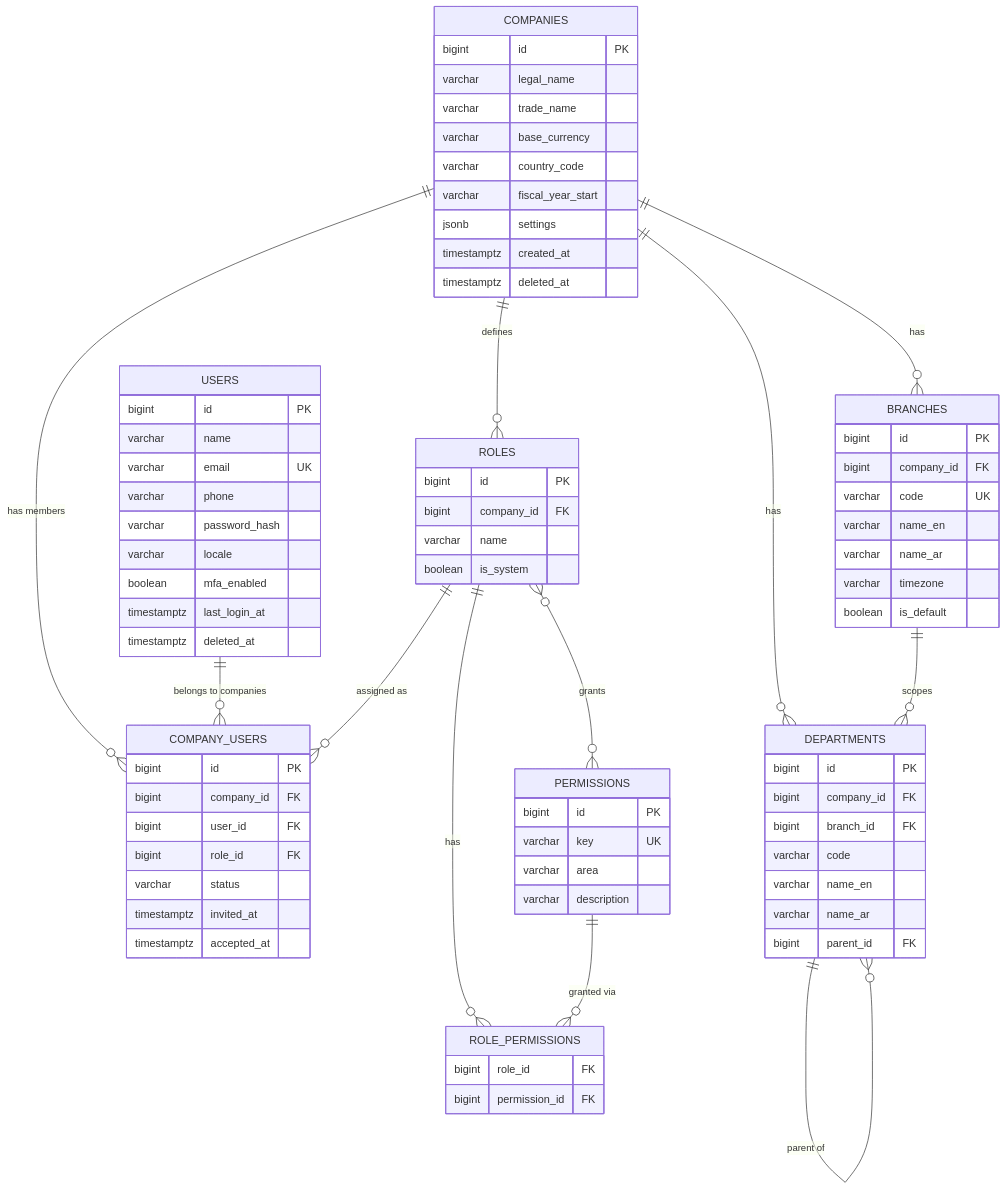
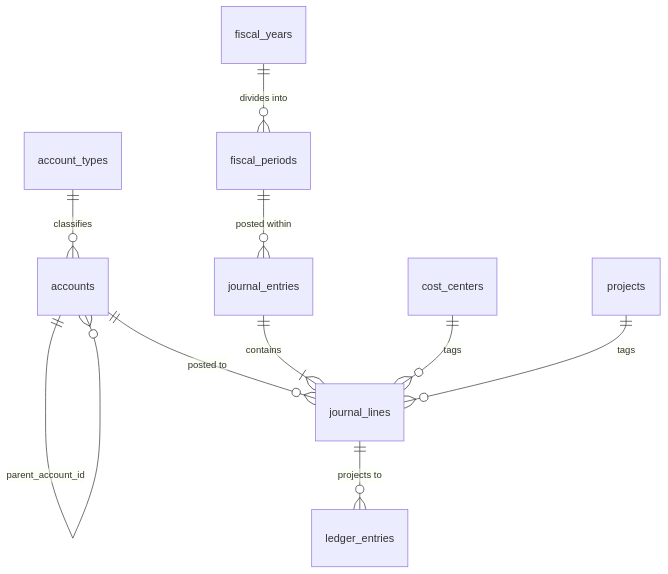
Before and after one commit to alievin0/QAYD: the fifth of 17 diagrams in docs/database/ERD.md, drawn with Mermaid. The commit also changed other lines of this file and 8 other files, not shown here.

````diff
--- a/docs/database/ERD.md
+++ b/docs/database/ERD.md
@@ -102,80 +1309,12 @@
 ```mermaid
 erDiagram
-    COMPANIES {
-        bigint id PK
-        varchar legal_name
-        varchar trade_name
-        varchar base_currency
-        varchar country_code
-        varchar fiscal_year_start
-        jsonb settings
-        timestamptz created_at
-        timestamptz deleted_at
-    }
-    USERS {
-        bigint id PK
-        varchar name
-        varchar email UK
-        varchar phone
-        varchar password_hash
-        varchar locale
-        boolean mfa_enabled
-        timestamptz last_login_at
-        timestamptz deleted_at
-    }
-    COMPANY_USERS {
-        bigint id PK
-        bigint company_id FK
-        bigint user_id FK
-        bigint role_id FK
-        varchar status
-        timestamptz invited_at
-        timestamptz accepted_at
-    }
-    BRANCHES {
-        bigint id PK
-        bigint company_id FK
-        varchar code UK
-        varchar name_en
-        varchar name_ar
-        varchar timezone
-        boolean is_default
-    }
-    DEPARTMENTS {
-        bigint id PK
-        bigint company_id FK
-        bigint branch_id FK
-        varchar code
-        varchar name_en
-        varchar name_ar
-        bigint parent_id FK
-    }
-    ROLES {
-        bigint id PK
-        bigint company_id FK
-        varchar name
-        boolean is_system
-    }
-    PERMISSIONS {
-        bigint id PK
-        varchar key UK
-        varchar area
-        varchar description
-    }
-    ROLE_PERMISSIONS {
-        bigint role_id FK
-        bigint permission_id FK
-    }
-
-    COMPANIES ||--o{ COMPANY_USERS : "has members"
-    USERS ||--o{ COMPANY_USERS : "belongs to companies"
-    COMPANIES ||--o{ BRANCHES : "has"
-    COMPANIES ||--o{ DEPARTMENTS : "has"
-    BRANCHES ||--o{ DEPARTMENTS : "scopes"
-    DEPARTMENTS ||--o{ DEPARTMENTS : "parent of"
-    COMPANIES ||--o{ ROLES : "defines"
-    ROLES ||--o{ COMPANY_USERS : "assigned as"
-    ROLES }o--o{ PERMISSIONS : "grants"
-    ROLES ||--o{ ROLE_PERMISSIONS : "has"
-    PERMISSIONS ||--o{ ROLE_PERMISSIONS : "granted via"
+    account_types ||--o{ accounts : "classifies"
+    accounts ||--o{ accounts : "parent_account_id"
+    accounts ||--o{ journal_lines : "posted to"
+    fiscal_years ||--o{ fiscal_periods : "divides into"
+    fiscal_periods ||--o{ journal_entries : "posted within"
+    journal_entries ||--|{ journal_lines : "contains"
+    journal_lines ||--o{ ledger_entries : "projects to"
+    cost_centers ||--o{ journal_lines : "tags"
+    projects ||--o{ journal_lines : "tags"
 ```
````
